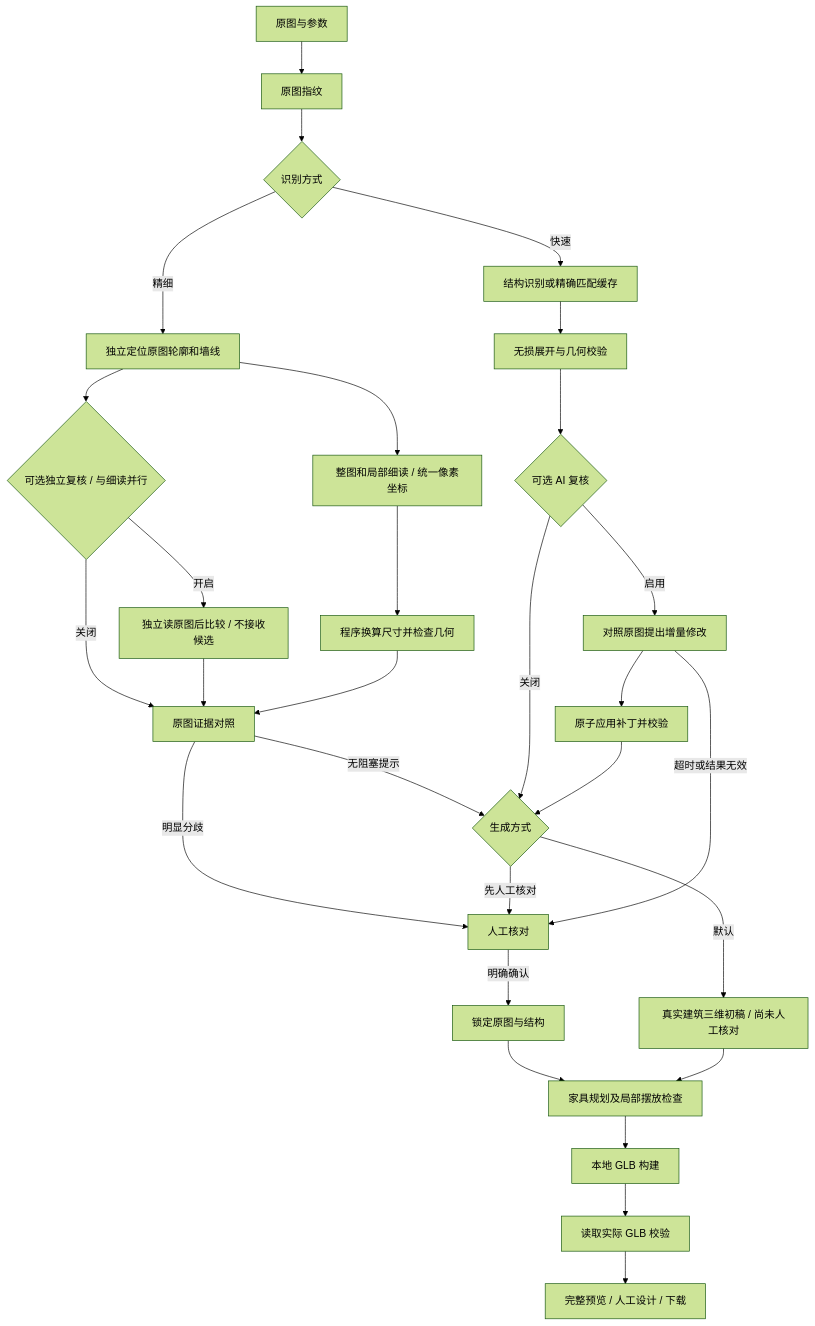
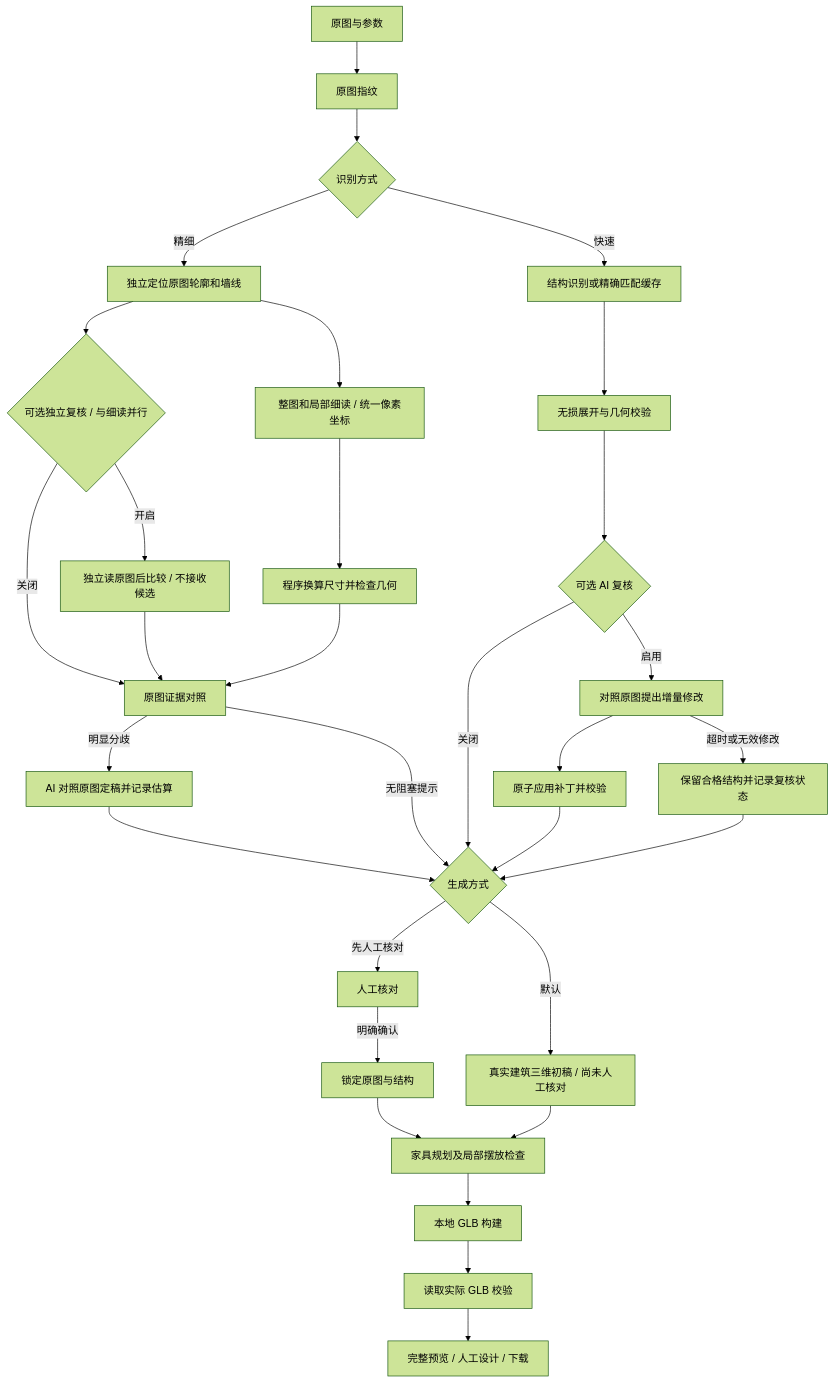
Before and after one commit to Li-Rui-Zhe/LayoutSculpt: the diagram in docs/ai-pipeline-design.md, drawn with Mermaid (forest theme). The commit also changed other lines of this file and 29 other files, not shown here.

````diff
--- a/docs/ai-pipeline-design.md
+++ b/docs/ai-pipeline-design.md
@@ -28,31 +28,33 @@
 ```mermaid
 flowchart TD
     A[原图与参数] --> B[原图指纹]
     B --> Q{识别方式}
     Q -->|快速| C[结构识别或精确匹配缓存]
     Q -->|精细| S[独立定位原图轮廓和墙线]
     S --> T[整图和局部细读 / 统一像素坐标]
     T --> U[程序换算尺寸并检查几何]
     S --> V{可选独立复核 / 与细读并行}
     V -->|开启| W[独立读原图后比较 / 不接收候选]
     V -->|关闭| X[原图证据对照]
     W --> X
     U --> X
-    X -->|明显分歧| H
+    X -->|明显分歧| A1[AI 对照原图定稿并记录估算]
+    A1 --> R
     X -->|无阻塞提示| R
     C --> D[无损展开与几何校验]
     D --> E{可选 AI 复核}
     E -->|启用| F[对照原图提出增量修改]
     F --> G[原子应用补丁并校验]
     E -->|关闭| R{生成方式}
     G --> R
     R -->|默认| P[真实建筑三维初稿 / 尚未人工核对]
     R -->|先人工核对| H[人工核对]
-    F -->|超时或结果无效| H
+    F -->|超时或无效修改| G1[保留合格结构并记录复核状态]
+    G1 --> R
     H -->|明确确认| I[锁定原图与结构]
     I --> J[家具规划及局部摆放检查]
     P --> J
     J --> K[本地 GLB 构建]
     K --> L[读取实际 GLB 校验]
     L --> M[完整预览 / 人工设计 / 下载]
 ```
````
